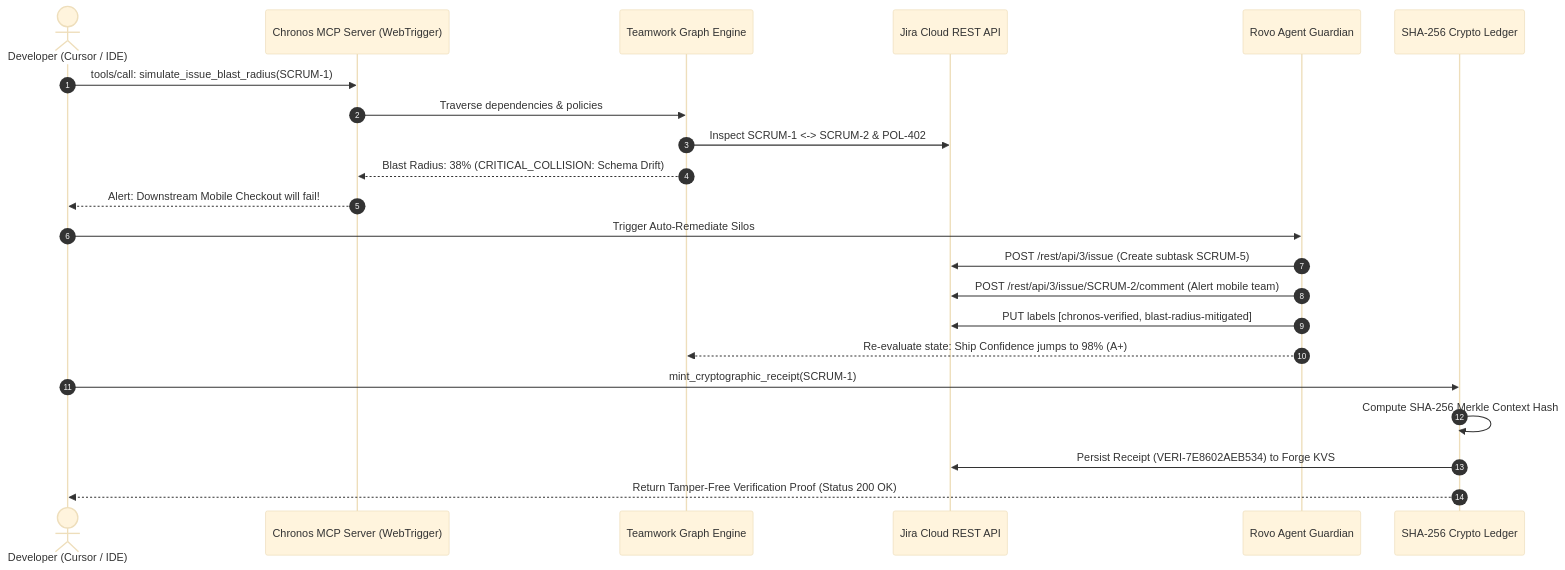
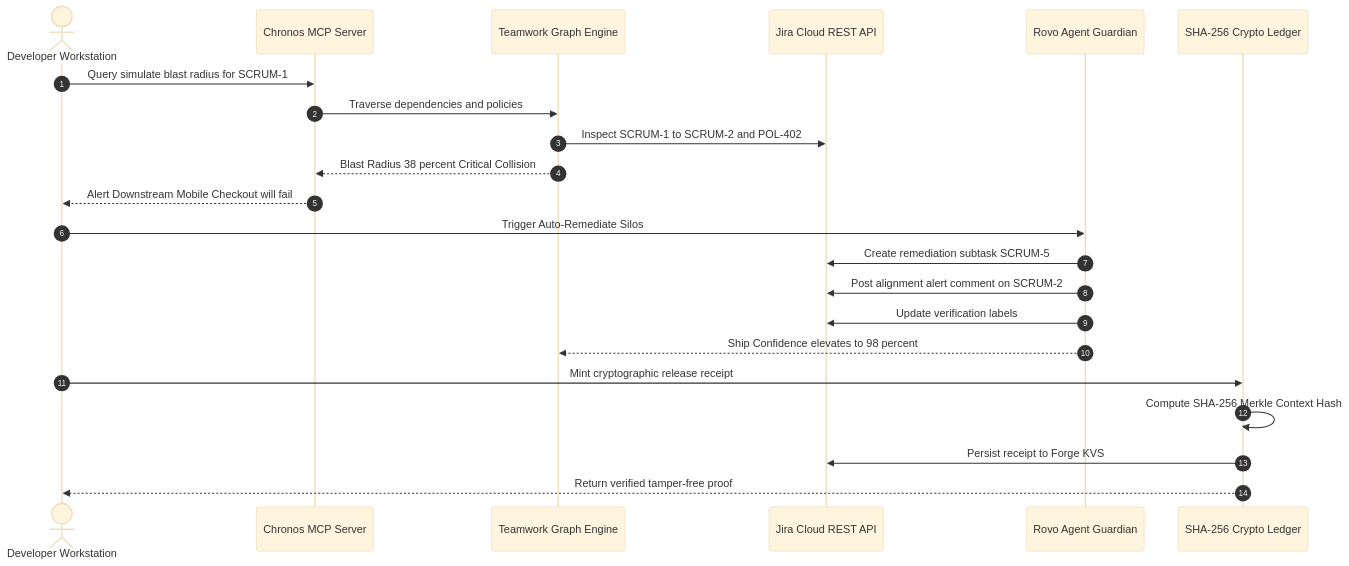
One commit to fokrulanthro16-eng/chronos-mcp changed the second of 2 diagrams in README.md. Above: the diagram before and after it, drawn with Mermaid (base theme). The commit also changed other lines of this file, not shown here.

Commit message:
fix: sanitize mermaid architecture diagram for github renderer

````diff
--- a/README.md
+++ b/README.md
@@ -108,27 +110,27 @@
 ```mermaid
 sequenceDiagram
     autonumber
-    actor Dev as Developer (Cursor / IDE)
-    participant MCP as Chronos MCP Server (WebTrigger)
+    actor Dev as Developer Workstation
+    participant MCP as Chronos MCP Server
     participant Graph as Teamwork Graph Engine
     participant Jira as Jira Cloud REST API
     participant Rovo as Rovo Agent Guardian
     participant Ledger as SHA-256 Crypto Ledger
 
-    Dev->>MCP: tools/call: simulate_issue_blast_radius(SCRUM-1)
-    MCP->>Graph: Traverse dependencies & policies
-    Graph->>Jira: Inspect SCRUM-1 <-> SCRUM-2 & POL-402
-    Graph-->>MCP: Blast Radius: 38% (CRITICAL_COLLISION: Schema Drift)
-    MCP-->>Dev: Alert: Downstream Mobile Checkout will fail!
+    Dev->>MCP: Query simulate blast radius for SCRUM-1
+    MCP->>Graph: Traverse dependencies and policies
+    Graph->>Jira: Inspect SCRUM-1 to SCRUM-2 and POL-402
+    Graph-->>MCP: Blast Radius 38 percent Critical Collision
+    MCP-->>Dev: Alert Downstream Mobile Checkout will fail
 
     Dev->>Rovo: Trigger Auto-Remediate Silos
-    Rovo->>Jira: POST /rest/api/3/issue (Create subtask SCRUM-5)
-    Rovo->>Jira: POST /rest/api/3/issue/SCRUM-2/comment (Alert mobile team)
-    Rovo->>Jira: PUT labels [chronos-verified, blast-radius-mitigated]
-    Rovo-->>Graph: Re-evaluate state: Ship Confidence jumps to 98% (A+)
+    Rovo->>Jira: Create remediation subtask SCRUM-5
+    Rovo->>Jira: Post alignment alert comment on SCRUM-2
+    Rovo->>Jira: Update verification labels
+    Rovo-->>Graph: Ship Confidence elevates to 98 percent
 
-    Dev->>Ledger: mint_cryptographic_receipt(SCRUM-1)
+    Dev->>Ledger: Mint cryptographic release receipt
     Ledger->>Ledger: Compute SHA-256 Merkle Context Hash
-    Ledger->>Jira: Persist Receipt (VERI-7E8602AEB534) to Forge KVS
-    Ledger-->>Dev: Return Tamper-Free Verification Proof (Status 200 OK)
+    Ledger->>Jira: Persist receipt to Forge KVS
+    Ledger-->>Dev: Return verified tamper-free proof
 ```
````
